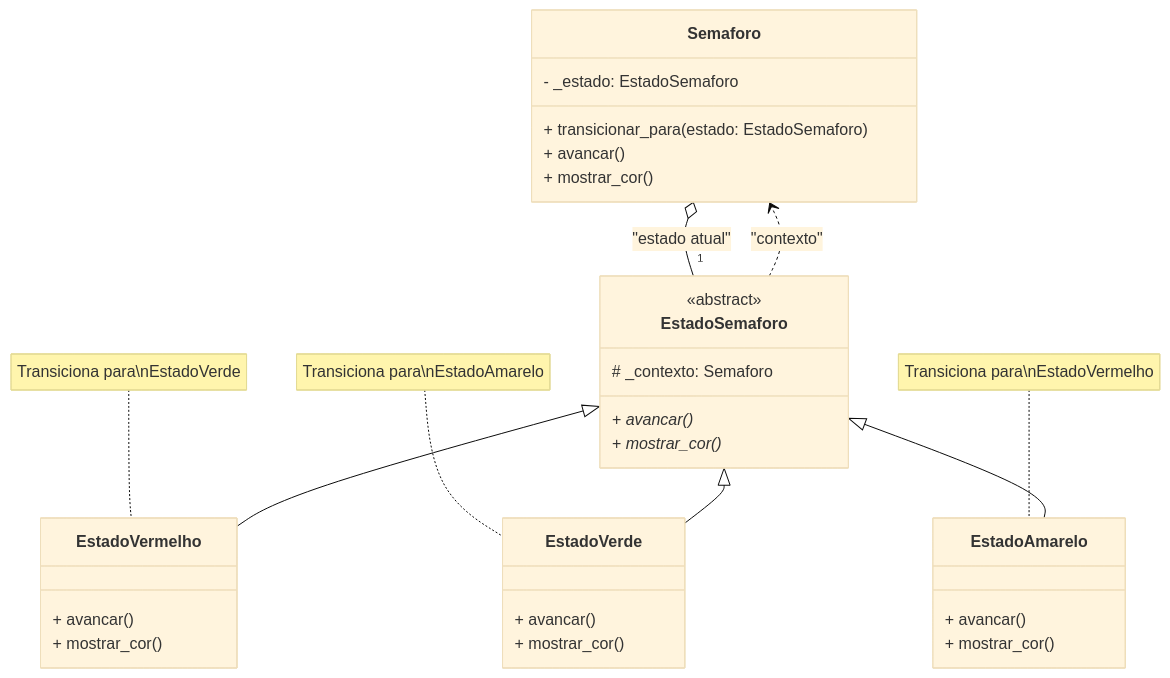
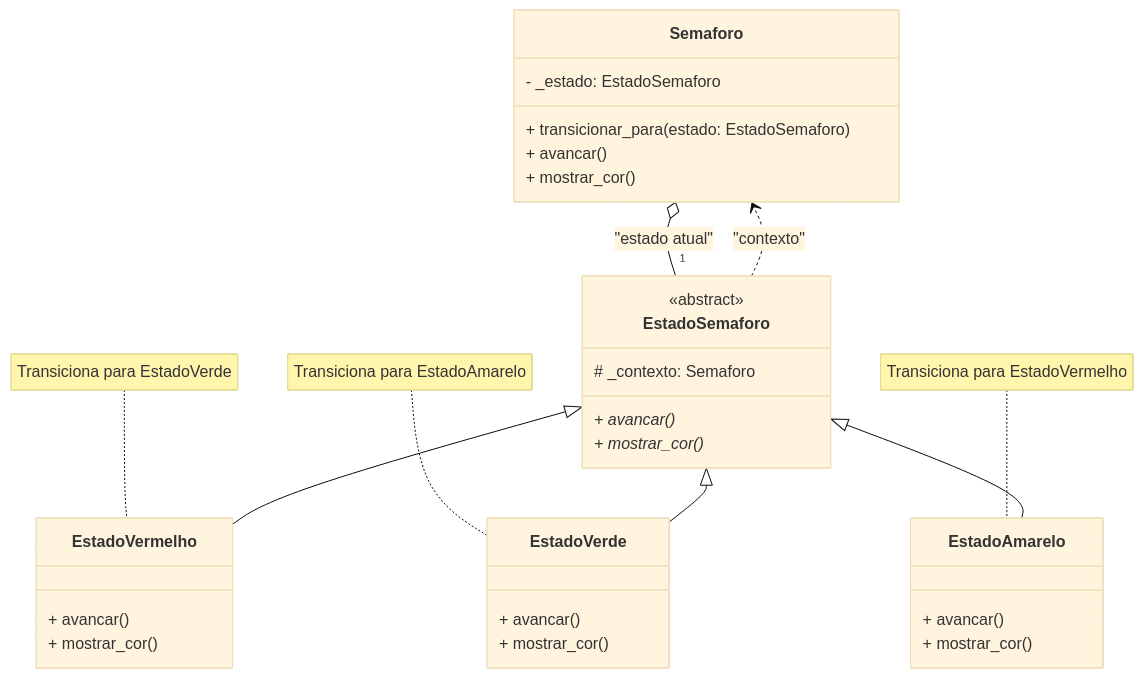
The first of 2 diagrams in README.md (UDESC-SisFEAP/udesc-padroes-de-projeto-ad1), drawn with Mermaid (base theme) before and after one commit.

````diff
--- a/README.md
+++ b/README.md
@@ -90,44 +90,44 @@
 ```mermaid
 classDiagram
     direction TB
     
     class Semaforo {
         - _estado: EstadoSemaforo
         + transicionar_para(estado: EstadoSemaforo)
         + avancar()
         + mostrar_cor()
     }
 
     class EstadoSemaforo {
         <<abstract>>
         # _contexto: Semaforo
         + avancar()*
         + mostrar_cor()*
     }
 
     class EstadoVermelho {
         + avancar()
         + mostrar_cor()
     }
     
     class EstadoVerde {
         + avancar()
         + mostrar_cor()
     }
     
     class EstadoAmarelo {
         + avancar()
         + mostrar_cor()
     }
 
     Semaforo o-- "1" EstadoSemaforo : "estado atual"
     EstadoSemaforo <|-- EstadoVermelho
     EstadoSemaforo <|-- EstadoVerde
     EstadoSemaforo <|-- EstadoAmarelo
     
     EstadoSemaforo ..> Semaforo : "contexto"
     
-    note for EstadoVermelho "Transiciona para\nEstadoVerde"
-    note for EstadoVerde "Transiciona para\nEstadoAmarelo"
-    note for EstadoAmarelo "Transiciona para\nEstadoVermelho"
+    note for EstadoVermelho "Transiciona para EstadoVerde"
+    note for EstadoVerde "Transiciona para EstadoAmarelo"
+    note for EstadoAmarelo "Transiciona para EstadoVermelho"
 ```
````
